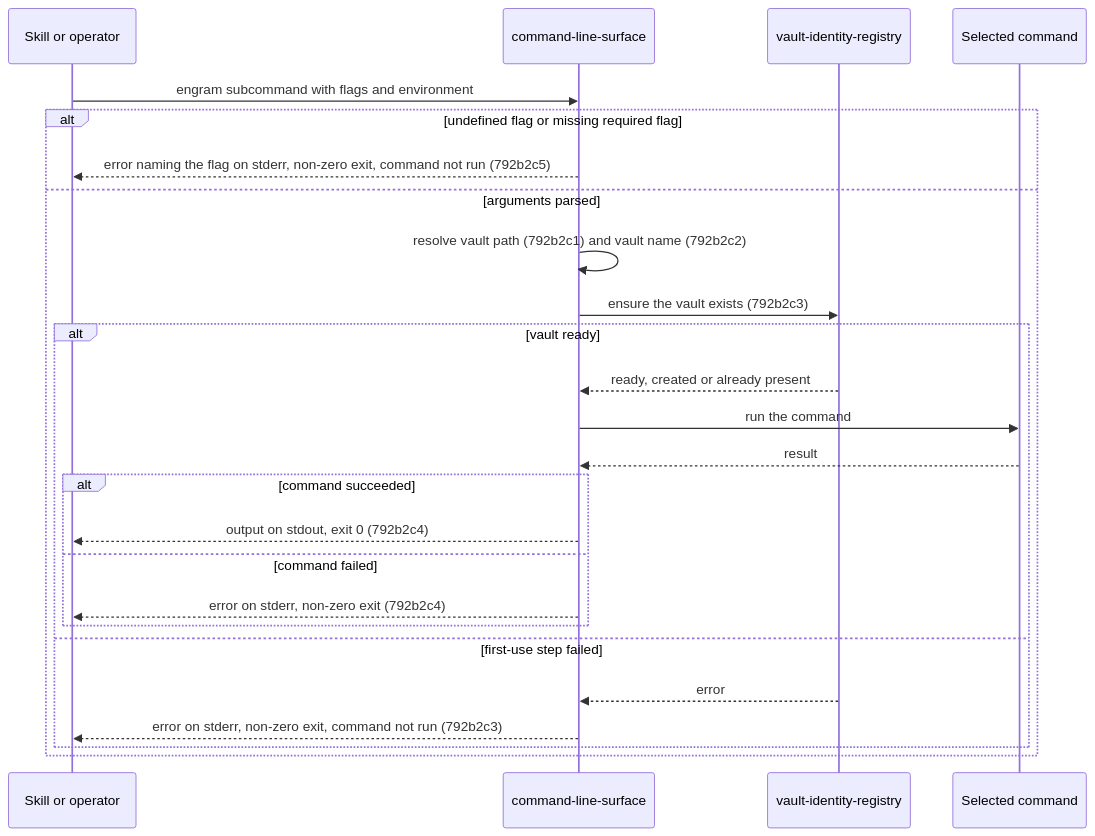
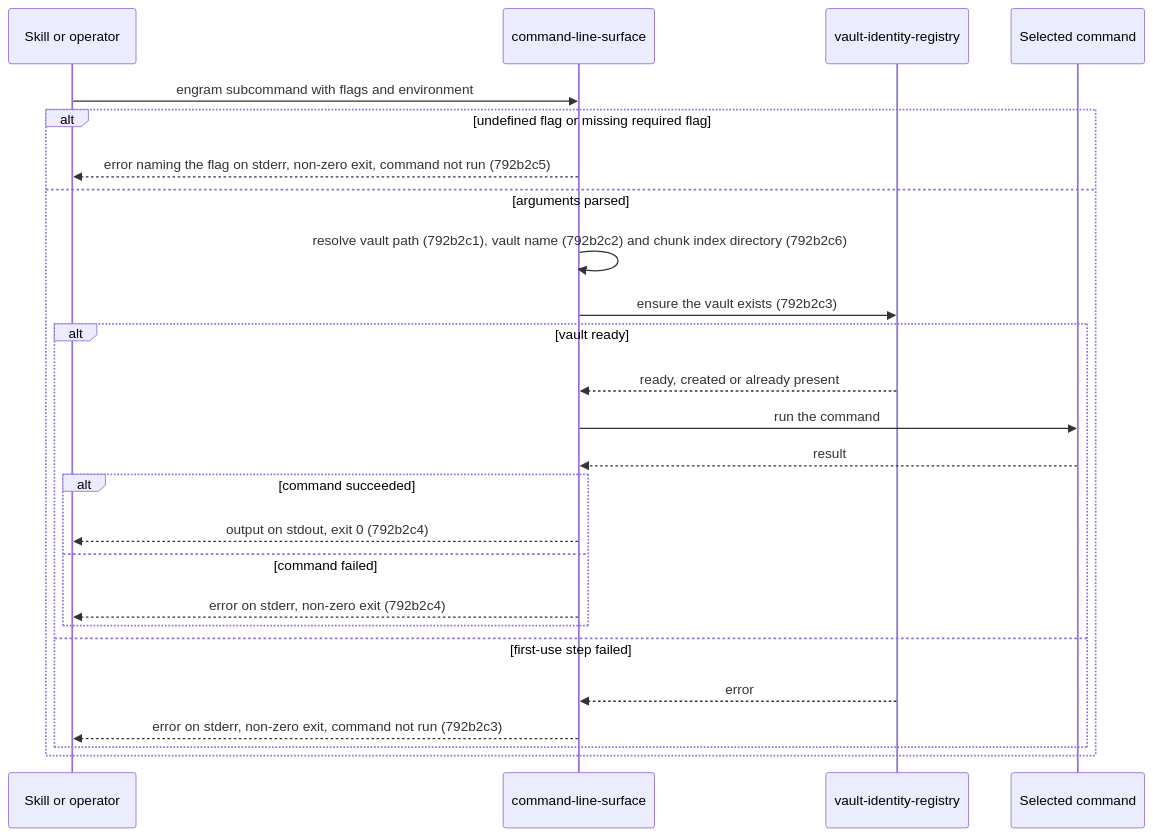
One commit to toejough/engram changed the first of 16 diagrams in docs/changes/792_documentation-framework-adoption/792b_technical-spec.md. Above: the diagram before and after it, drawn with Mermaid. The commit also changed other lines of this file and 8 other files, not shown here.

````diff
--- a/docs/changes/792_documentation-framework-adoption/792b_technical-spec.md
+++ b/docs/changes/792_documentation-framework-adoption/792b_technical-spec.md
@@ -66,27 +67,27 @@
 ```mermaid
 sequenceDiagram
   participant Caller as Skill or operator
   participant CLI as command-line-surface
   participant Registry as vault-identity-registry
   participant Command as Selected command
   Caller->>CLI: engram subcommand with flags and environment
   alt undefined flag or missing required flag
     CLI-->>Caller: error naming the flag on stderr, non-zero exit, command not run (792b2c5)
   else arguments parsed
-    CLI->>CLI: resolve vault path (792b2c1) and vault name (792b2c2)
+    CLI->>CLI: resolve vault path (792b2c1), vault name (792b2c2) and chunk index directory (792b2c6)
     CLI->>Registry: ensure the vault exists (792b2c3)
     alt vault ready
       Registry-->>CLI: ready, created or already present
       CLI->>Command: run the command
       Command-->>CLI: result
       alt command succeeded
         CLI-->>Caller: output on stdout, exit 0 (792b2c4)
       else command failed
         CLI-->>Caller: error on stderr, non-zero exit (792b2c4)
       end
     else first-use step failed
       Registry-->>CLI: error
       CLI-->>Caller: error on stderr, non-zero exit, command not run (792b2c3)
     end
   end
 ```
````
